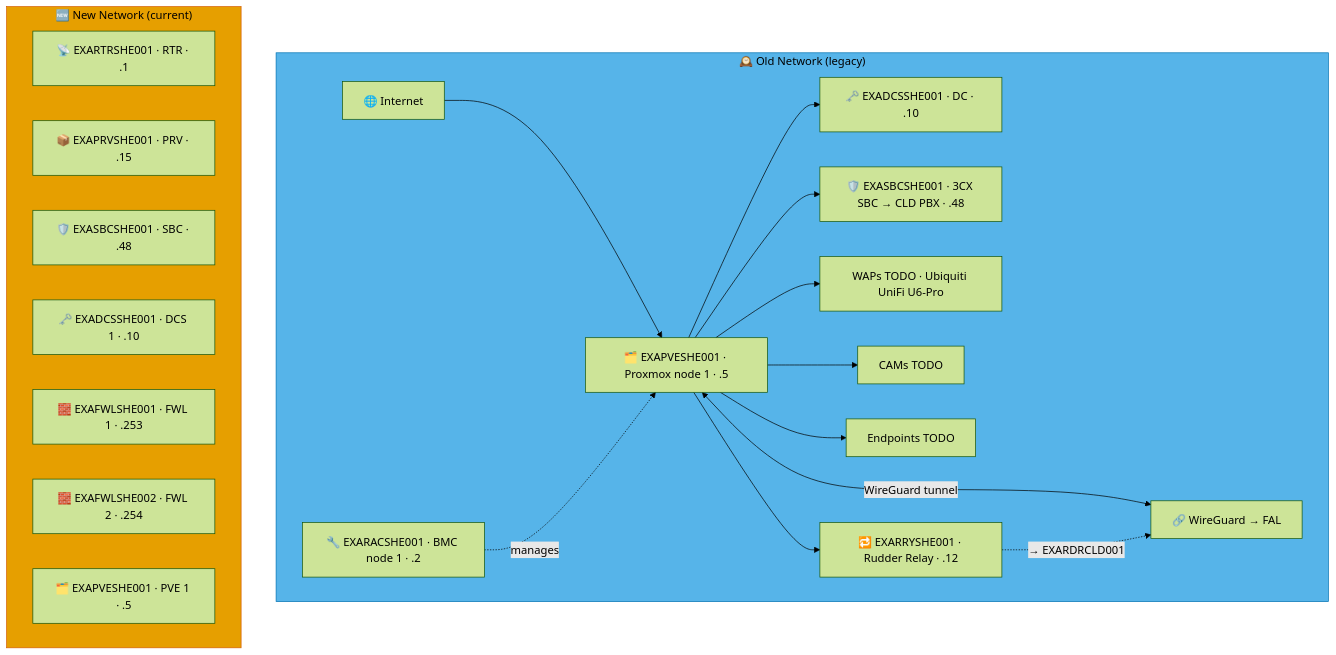
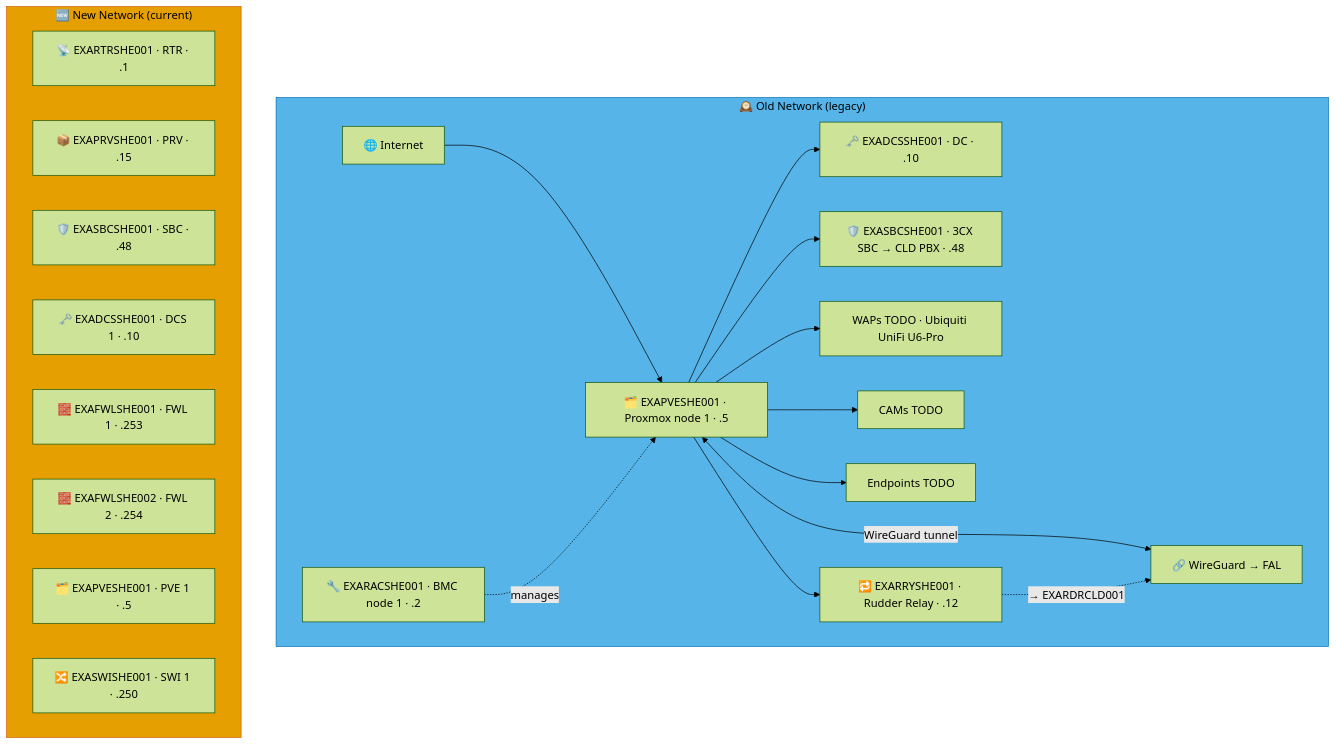
The sixth of 9 diagrams in docs/network-diagram/england.md (knightmare2600/example_music_infra), drawn with Mermaid (forest theme) before and after one commit. The commit also changed other lines of this file and 12 other files, not shown here.

````diff
--- a/docs/network-diagram/england.md
+++ b/docs/network-diagram/england.md
@@ -318,36 +318,37 @@
 ```mermaid
 graph TD
     subgraph OLD_SHE ["🕰️ Old Network (legacy)"]
       INET["🌐 Internet"]
       RAC["🔧 EXARACSHE001 · BMC node 1 · .2"]
       PVE["🗂️ EXAPVESHE001 · Proxmox node 1 · .5"]
       DC["🗝️ EXADCSSHE001 · DC · .10"]
       SBC["🛡️ EXASBCSHE001 · 3CX SBC → CLD PBX · .48"]
       RRY["🔁 EXARRYSHE001 · Rudder Relay · .12"]
       WAP["WAPs TODO · Ubiquiti UniFi U6-Pro"]
       CAM["CAMs TODO"]
       EP["Endpoints TODO"]
       VPN["🔗 WireGuard → FAL"]
 
       INET --> PVE --> DC & SBC
       RAC -.->|"manages"| PVE
       PVE --> WAP & CAM & EP
       PVE <-->|"WireGuard tunnel"| VPN
 
       PVE --> RRY
       RRY -. "→ EXARDRCLD001" .-> VPN
     end
     style OLD_SHE fill:#56B4E9,stroke:#0072B2,color:#000000
     %% GENERATED:NEW-NETWORK:SHE:START
     subgraph NEW_SHE ["🆕 New Network (current)"]
       N_RTR["📡 EXARTRSHE001 · RTR · .1"]
       N_PRV["📦 EXAPRVSHE001 · PRV · .15"]
       N_SBC["🛡️ EXASBCSHE001 · SBC · .48"]
       N_DCS["🗝️ EXADCSSHE001 · DCS 1 · .10"]
       N_FWL["🧱 EXAFWLSHE001 · FWL 1 · .253"]
       N_FWL2["🧱 EXAFWLSHE002 · FWL 2 · .254"]
       N_PVE["🗂️ EXAPVESHE001 · PVE 1 · .5"]
+      N_SWI["🔀 EXASWISHE001 · SWI 1 · .250"]
     end
     style NEW_SHE fill:#E69F00,stroke:#D55E00,color:#000000
     %% GENERATED:NEW-NETWORK:SHE:END
 ```
````
